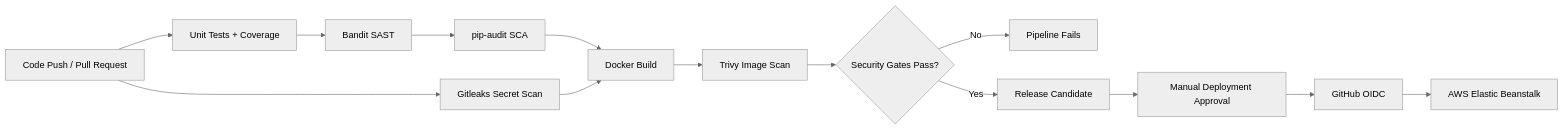
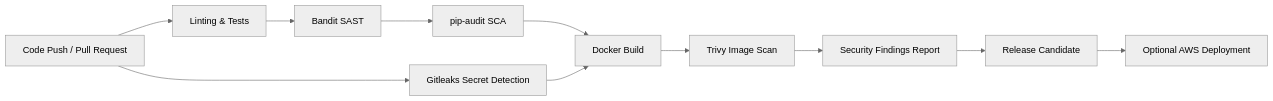
The diagram in README.md (Yahmedd/devsecops-security), drawn with Mermaid (neutral theme) before and after one commit. The commit also changed other lines of this file, not shown here.

Commit message:
Update portfolio README with AWS deployment

````diff
--- a/README.md
+++ b/README.md
@@ -11,16 +11,17 @@
 ```mermaid
 flowchart LR
-    A[Code Push / Pull Request] --> B[Unit Tests + Coverage]
+    A[Code Push / Pull Request] --> B[Linting & Tests]
     B --> C[Bandit SAST]
     C --> D[pip-audit SCA]
-    A --> E[Gitleaks Secret Scan]
+
+    A --> E[Gitleaks Secret Detection]
+
     D --> F[Docker Build]
     E --> F
+
     F --> G[Trivy Image Scan]
-    G --> H{Security Gates Pass?}
-    H -- No --> I[Pipeline Fails]
-    H -- Yes --> J[Release Candidate]
-    J --> K[Manual Deployment Approval]
-    K --> L[GitHub OIDC]
-    L --> M[AWS Elastic Beanstalk]
+    G --> H[Security Findings Report]
+
+    H --> I[Release Candidate]
+    I --> J[Optional AWS Deployment]
 ```
````
